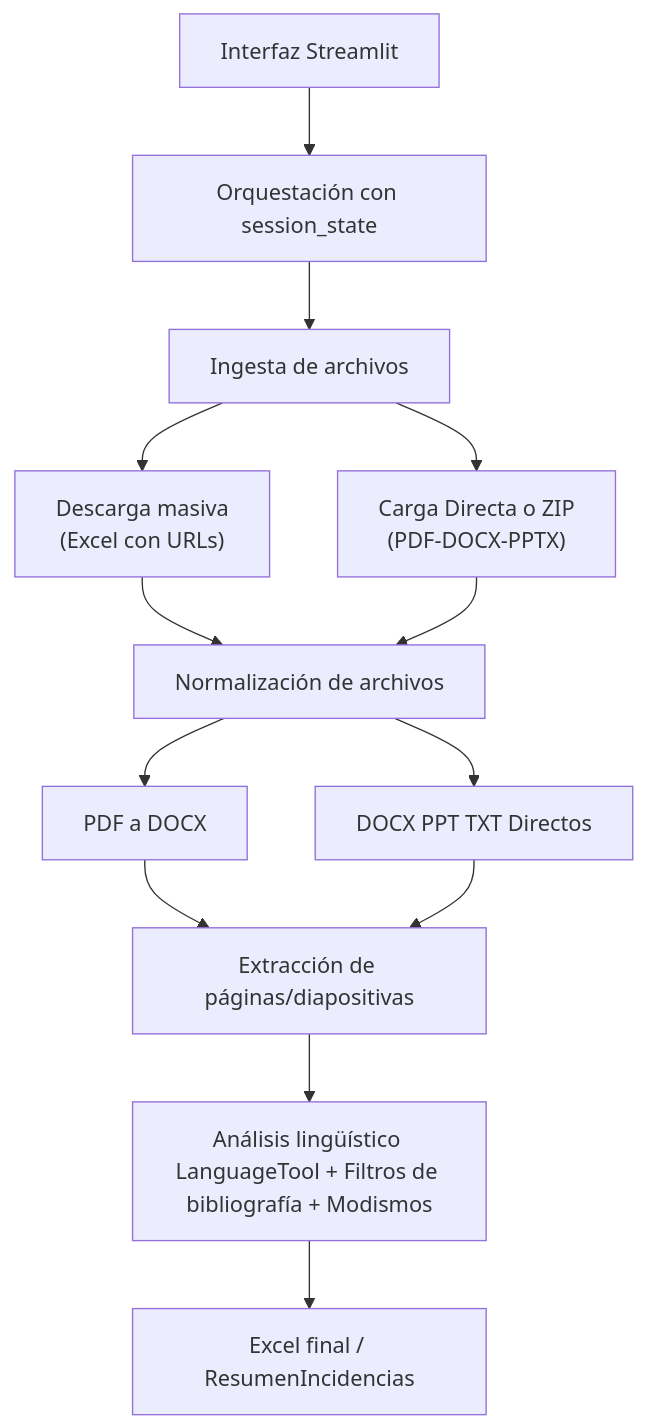
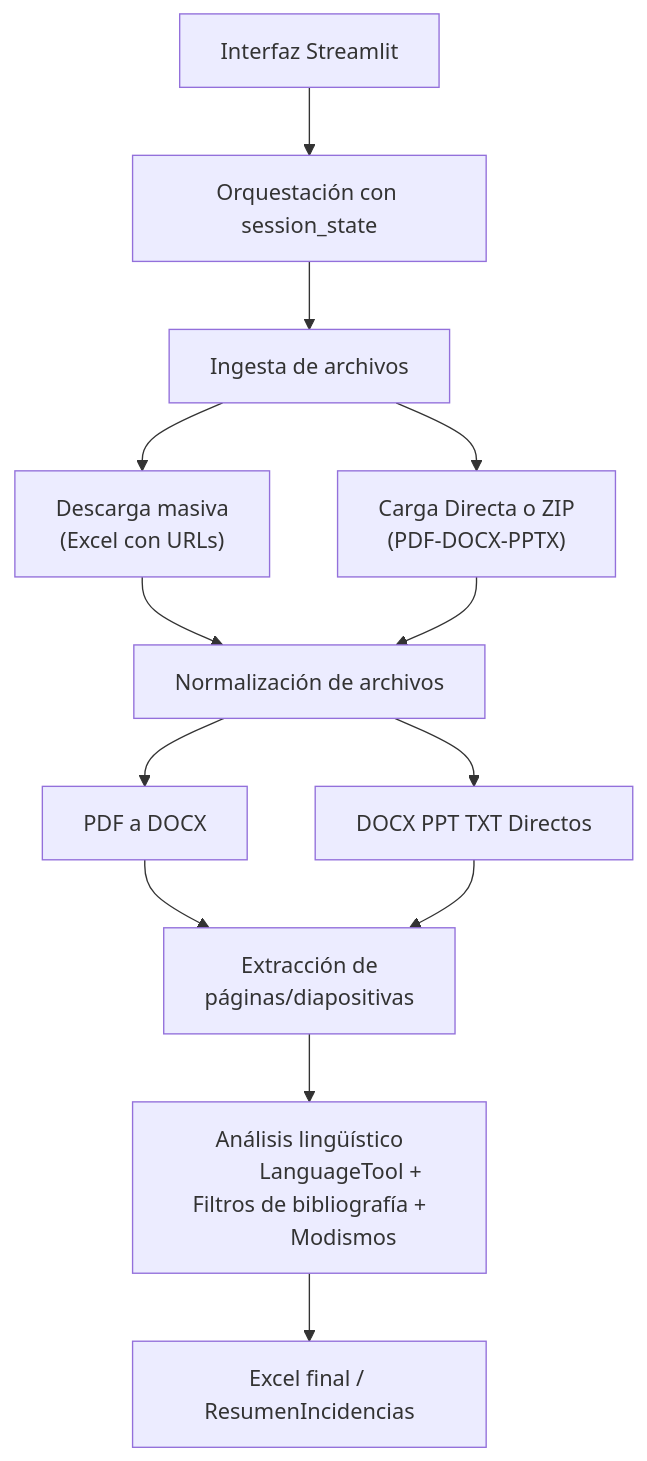
One commit to joseluisantunezcondezo/UTP_GrammarScan changed the diagram in README.md. Above: the diagram before and after it, drawn with Mermaid.

Commit message:
README.md

````diff
--- a/README.md
+++ b/README.md
@@ -149,17 +149,20 @@
 ```mermaid
 flowchart TD
     A[Interfaz Streamlit] --> B[Orquestación con session_state]
     B --> C[Ingesta de archivos]
     C --> D1["Descarga masiva
               (Excel con URLs)"]
     C --> D2["Carga Directa o ZIP
             (PDF-DOCX-PPTX)"]
     D1 --> E[Normalización de archivos]
     D2 --> E
     E --> F1[PDF a DOCX]
     E --> F2[DOCX PPT TXT Directos]
-    F1 --> G[Extracción de páginas/diapositivas]
+    F1 --> G["Extracción de
+              páginas/diapositivas"]
     F2 --> G
-    G --> H[Análisis lingüístico LanguageTool + Filtros de bibliografía + Modismos]
+    G --> H["Análisis lingüístico
+            LanguageTool + Filtros de bibliografía +
+            Modismos"]
     H --> J[Excel final / ResumenIncidencias]
 ```
````
